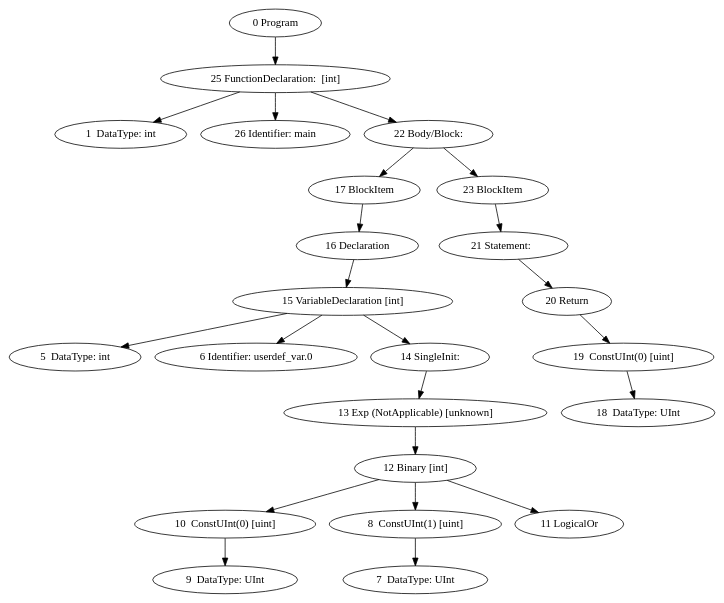
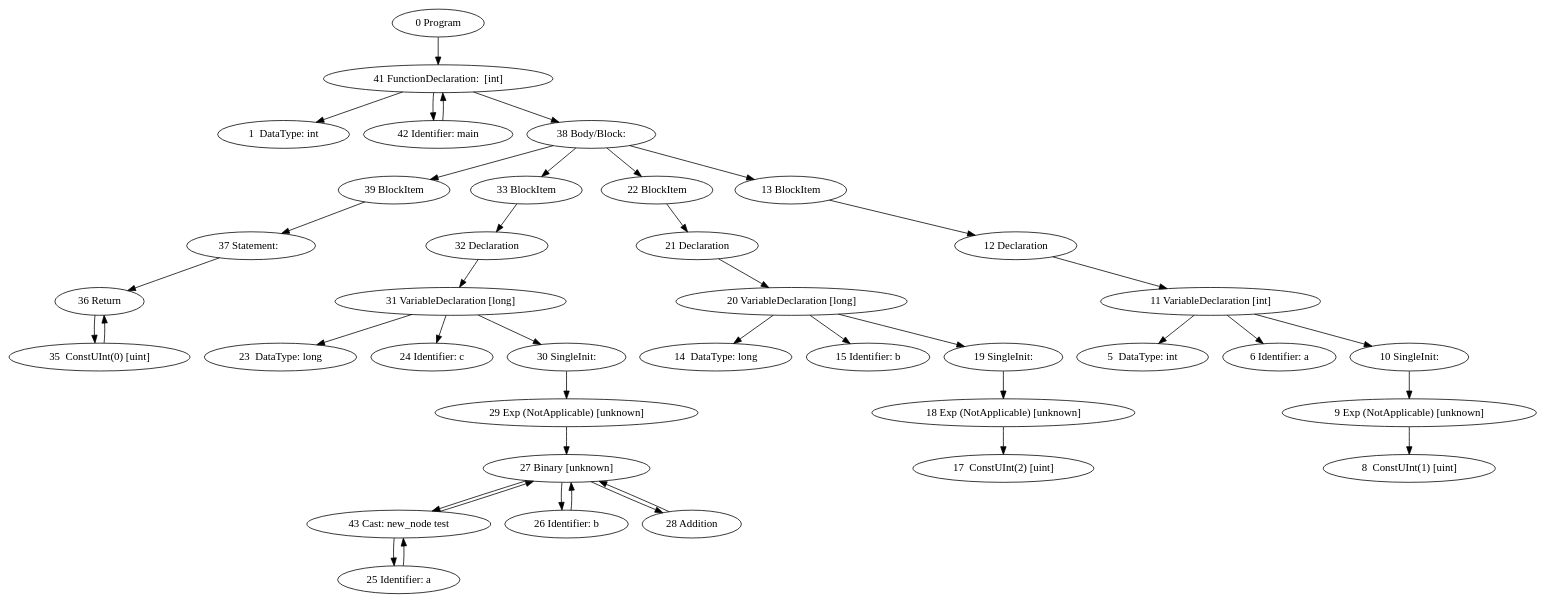
Before and after one commit to Thewbi/stm8_asm: the diagram in abstract_syntax_tree_post_semantic.dot, drawn with Graphviz. The commit also changed 20 other files, not shown here.

```diff
--- a/abstract_syntax_tree_post_semantic.dot
+++ b/abstract_syntax_tree_post_semantic.dot
@@ -1,47 +1,81 @@
 digraph {
 0 [label="0 Program"]
-25 [label="25 FunctionDeclaration:  [int]"]
+41 [label="41 FunctionDeclaration:  [int]"]
 1 [label="1  DataType: int"]
-25 -> 1
-26 [label="26 Identifier: main"]
-25 -> 26
-22 [label="22 Body/Block: "]
-25 -> 22
-17 [label="17 BlockItem"]
-16 [label="16 Declaration"]
+41 -> 1
+42 [label="42 Identifier: main"]
+42 -> 41
+41 -> 42
+38 [label="38 Body/Block: "]
+41 -> 38
+39 [label="39 BlockItem"]
+35 [label="35  ConstUInt(0) [uint]"]
+35 -> 36
+36 [label="36 Return"]
+36 -> 35
+37 [label="37 Statement:  "]
+37 -> 36
+39 -> 37
+38 -> 39
+33 [label="33 BlockItem"]
+32 [label="32 Declaration"]
+23 [label="23  DataType: long"]
+24 [label="24 Identifier: c"]
+30 [label="30 SingleInit: "]
+29 [label="29 Exp (NotApplicable) [unknown]"]
+43 [label="43 Cast: new_node test"]
+25 [label="25 Identifier: a"]
+25 -> 43
+43 -> 25
+43 -> 27
+26 [label="26 Identifier: b"]
+26 -> 27
+28 [label="28 Addition"]
+28 -> 27
+27 [label="27 Binary [unknown]"]
+27 -> 43
+27 -> 26
+27 -> 28
+29 -> 27
+30 -> 29
+31 [label="31 VariableDeclaration [long] "]
+31 -> 23
+31 -> 24
+31 -> 30
+32 -> 31
+33 -> 32
+38 -> 33
+22 [label="22 BlockItem"]
+21 [label="21 Declaration"]
+14 [label="14  DataType: long"]
+15 [label="15 Identifier: b"]
+19 [label="19 SingleInit: "]
+18 [label="18 Exp (NotApplicable) [unknown]"]
+17 [label="17  ConstUInt(2) [uint]"]
+18 -> 17
+19 -> 18
+20 [label="20 VariableDeclaration [long] "]
+20 -> 14
+20 -> 15
+20 -> 19
+21 -> 20
+22 -> 21
+38 -> 22
+13 [label="13 BlockItem"]
+12 [label="12 Declaration"]
 5 [label="5  DataType: int"]
-6 [label="6 Identifier: userdef_var.0"]
-14 [label="14 SingleInit: "]
-13 [label="13 Exp (NotApplicable) [unknown]"]
-10 [label="10  ConstUInt(0) [uint]"]
-9 [label="9  DataType: UInt"]
+6 [label="6 Identifier: a"]
+10 [label="10 SingleInit: "]
+9 [label="9 Exp (NotApplicable) [unknown]"]
+8 [label="8  ConstUInt(1) [uint]"]
+9 -> 8
 10 -> 9
-8 [label="8  ConstUInt(1) [uint]"]
-7 [label="7  DataType: UInt"]
-8 -> 7
-11 [label="11 LogicalOr"]
-12 [label="12 Binary [int]"]
-12 -> 10
-12 -> 8
+11 [label="11 VariableDeclaration [int] "]
+11 -> 5
+11 -> 6
+11 -> 10
 12 -> 11
 13 -> 12
-14 -> 13
-15 [label="15 VariableDeclaration [int] "]
-15 -> 5
-15 -> 6
-15 -> 14
-16 -> 15
-17 -> 16
-22 -> 17
-23 [label="23 BlockItem"]
-19 [label="19  ConstUInt(0) [uint]"]
-18 [label="18  DataType: UInt"]
-19 -> 18
-20 [label="20 Return"]
-20 -> 19
-21 [label="21 Statement:  "]
-21 -> 20
-23 -> 21
-22 -> 23
-0 -> 25
+38 -> 13
+0 -> 41
 }
```
